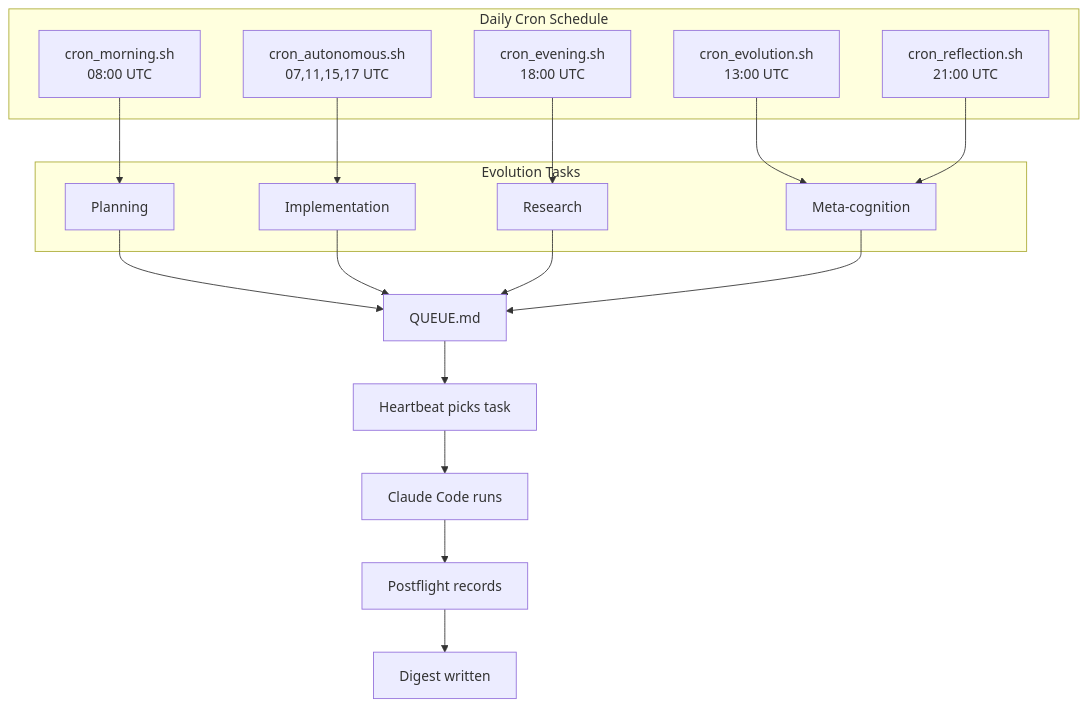
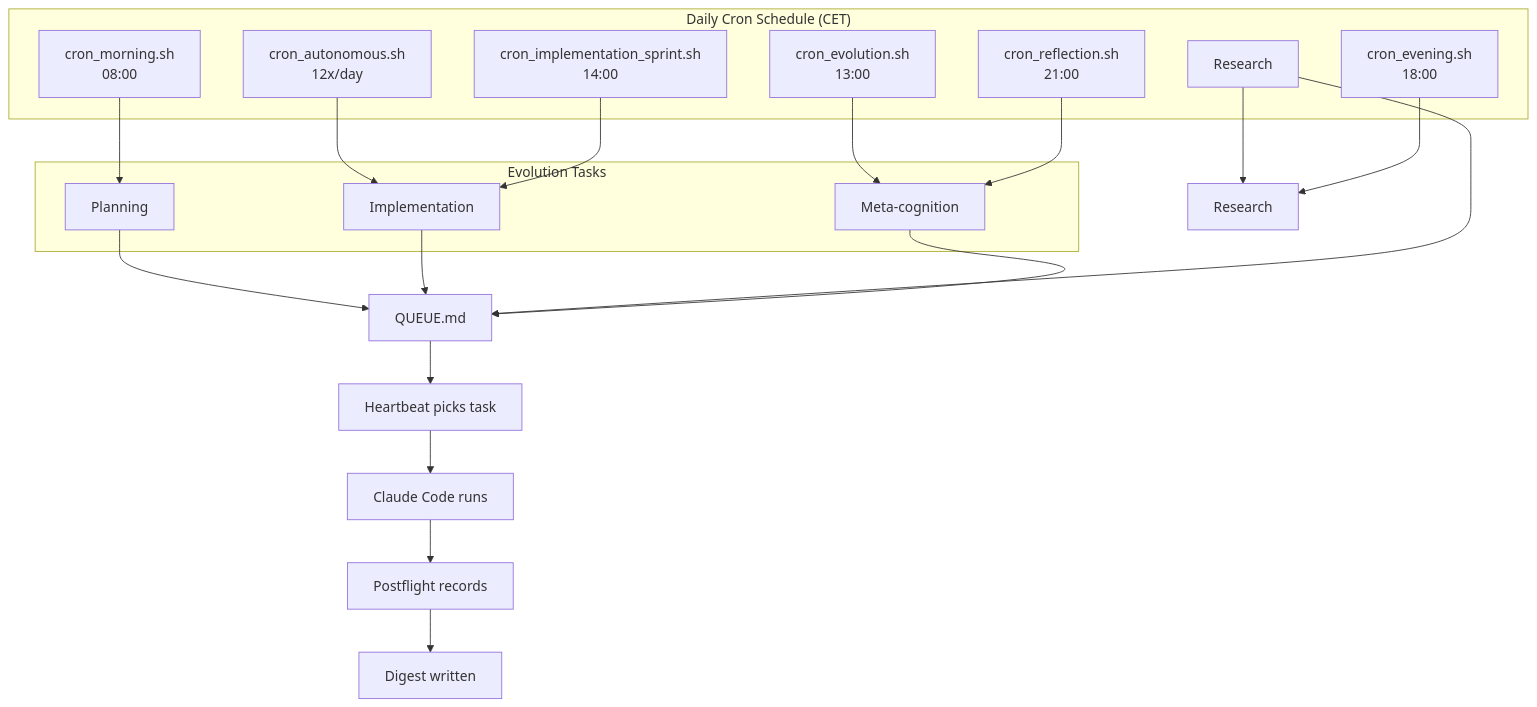
One commit to GranusClarvis/clarvis changed the seventh of 9 diagrams in README.md. Above: the diagram before and after it, drawn with Mermaid. The commit also changed other lines of this file and 5 other files, not shown here.

First line of the commit message:
Docs updates: README.md, cron schedule, learning pipeline test

````diff
--- a/README.md
+++ b/README.md
@@ -239,33 +239,37 @@
 ```mermaid
 flowchart TB
-    subgraph Cron["Daily Cron Schedule"]
-        MORN[cron_morning.sh<br/>08:00 UTC]
-        AUT1[cron_autonomous.sh<br/>07,11,15,17 UTC]
-        EVO[cron_evolution.sh<br/>13:00 UTC]
-        EVE[cron_evening.sh<br/>18:00 UTC]
-        REF[cron_reflection.sh<br/>21:00 UTC]
+    subgraph Cron["Daily Cron Schedule (CET)"]
+        MORN[cron_morning.sh<br/>08:00]
+        AUT1[cron_autonomous.sh<br/>12x/day]
+        RES[cron_research.sh<br/>10:00, 16:00]
+        EVO[cron_evolution.sh<br/>13:00]
+        IMPL[cron_implementation_sprint.sh<br/>14:00]
+        EVE[cron_evening.sh<br/>18:00]
+        REF[cron_reflection.sh<br/>21:00]
     end
     
     subgraph Tasks["Evolution Tasks"]
         PLAN[Planning]
         EXEC[Implementation]
         RES[Research]
         META[Meta-cognition]
     end
     
     MORN --> PLAN
     AUT1 --> EXEC
+    RES --> RES2[Research]
     EVO --> META
-    EVE --> RES
+    IMPL --> EXEC
+    EVE --> RES2
     REF --> META
     
     PLAN --> QUEUE[QUEUE.md]
     EXEC --> QUEUE
     RES --> QUEUE
     META --> QUEUE
     
     QUEUE --> HEART[Heartbeat picks task]
     HEART --> EXECUTE[Claude Code runs]
     EXECUTE --> POST[Postflight records]
     POST --> DIGEST[Digest written]
 ```
````
